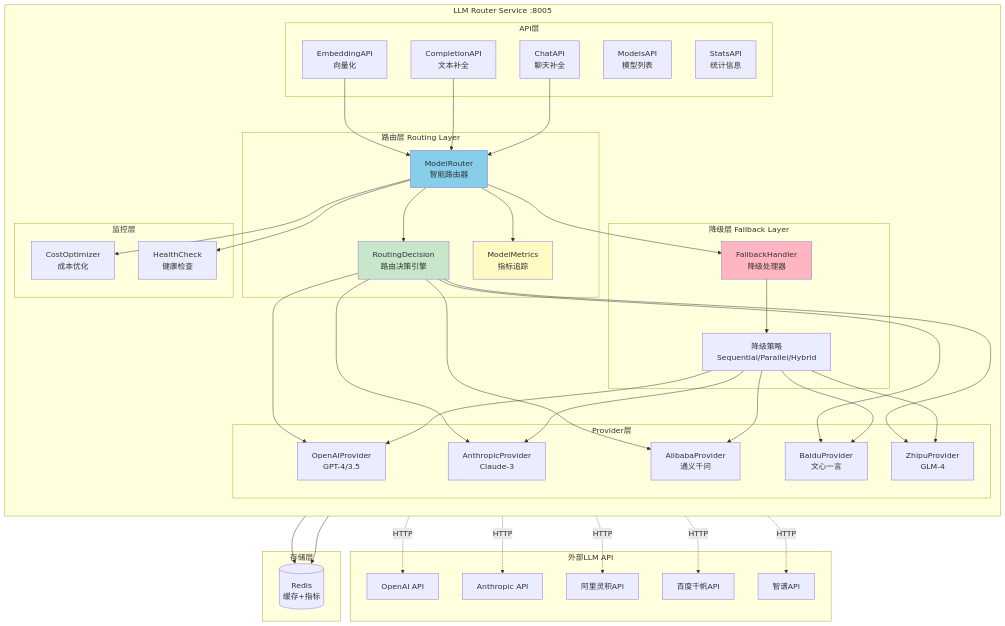
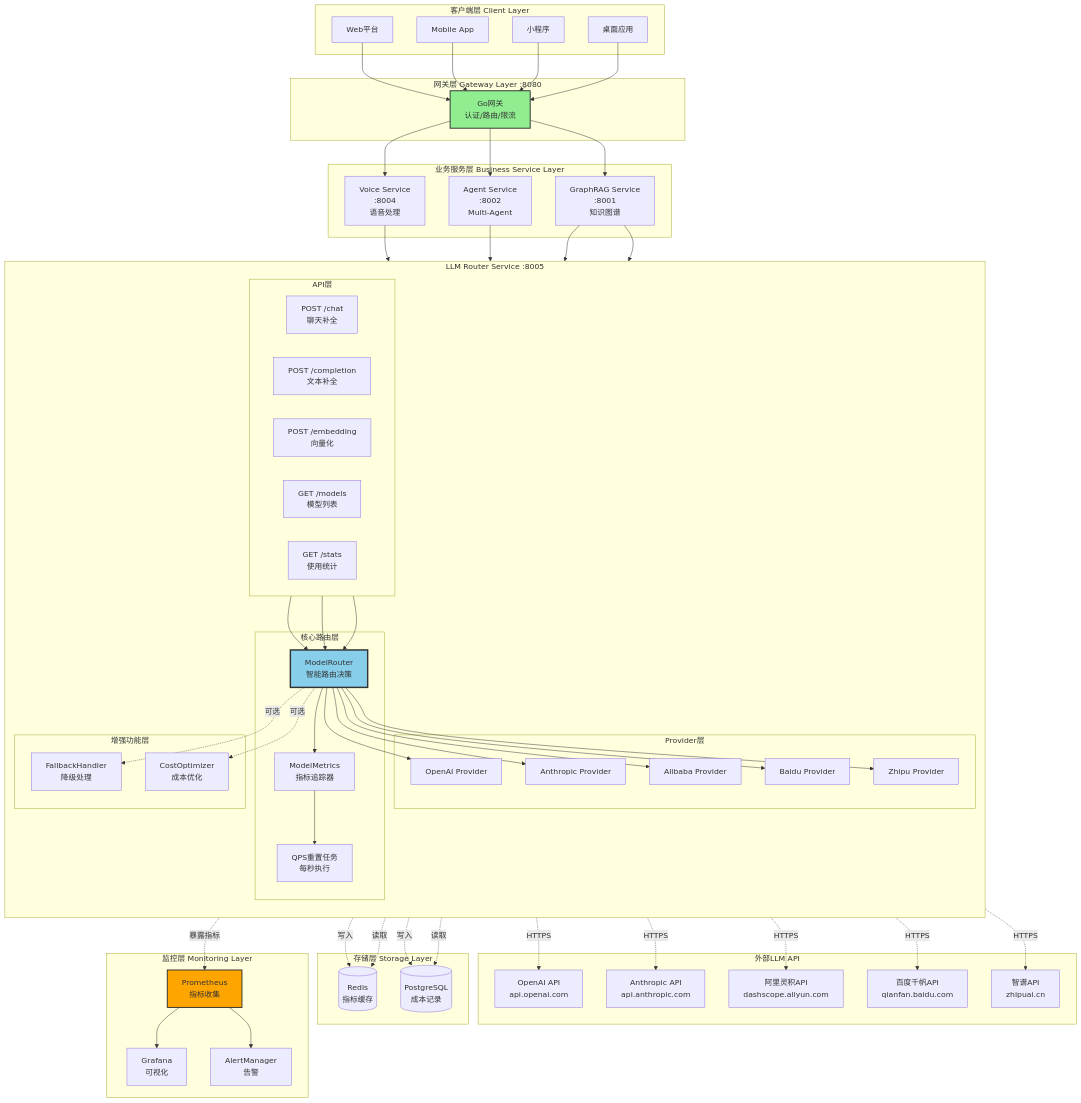
Before and after one commit to haoyunlt/myblog: the first of 10 diagrams in content/posts/VoiceHelper-07-LLMRouter服务.md, drawn with Mermaid. The commit also changed other lines of this file and 13 other files, not shown here.

````diff
--- a/content/posts/VoiceHelper-07-LLMRouter服务.md
+++ b/content/posts/VoiceHelper-07-LLMRouter服务.md
@@ -56,80 +133,120 @@
 ```mermaid
 flowchart TB
+    subgraph "客户端层 Client Layer"
+        WEB[Web平台]
+        MOBILE[Mobile App]
+        MINIAPP[小程序]
+        DESKTOP[桌面应用]
+    end
+    
+    subgraph "网关层 Gateway Layer :8080"
+        GATEWAY[Go网关<br/>认证/路由/限流]
+    end
+    
+    subgraph "业务服务层 Business Service Layer"
+        VOICE[Voice Service<br/>:8004<br/>语音处理]
+        AGENT[Agent Service<br/>:8002<br/>Multi-Agent]
+        GRAPHRAG[GraphRAG Service<br/>:8001<br/>知识图谱]
+    end
+    
     subgraph "LLM Router Service :8005"
         direction TB
         
         subgraph "API层"
-            API_CHAT[ChatAPI<br/>聊天补全]
-            API_COMP[CompletionAPI<br/>文本补全]
-            API_EMB[EmbeddingAPI<br/>向量化]
-            API_MODELS[ModelsAPI<br/>模型列表]
-            API_STATS[StatsAPI<br/>统计信息]
+            direction LR
+            API_CHAT[POST /chat<br/>聊天补全]
+            API_COMP[POST /completion<br/>文本补全]
+            API_EMB[POST /embedding<br/>向量化]
+            API_MODELS[GET /models<br/>模型列表]
+            API_STATS[GET /stats<br/>使用统计]
         end
         
-        subgraph "路由层 Routing Layer"
-            ROUTER[ModelRouter<br/>智能路由器]
-            DECISION[RoutingDecision<br/>路由决策引擎]
-            METRICS[ModelMetrics<br/>指标追踪]
-        end
-        
-        subgraph "降级层 Fallback Layer"
-            FALLBACK[FallbackHandler<br/>降级处理器]
-            STRATEGY[降级策略<br/>Sequential/Parallel/Hybrid]
+        subgraph "核心路由层"
+            ROUTER[ModelRouter<br/>智能路由决策]
+            METRICS[ModelMetrics<br/>指标追踪器]
+            QPS_TASK[QPS重置任务<br/>每秒执行]
         end
         
         subgraph "Provider层"
-            P_OPENAI[OpenAIProvider<br/>GPT-4/3.5]
-            P_ANTHROPIC[AnthropicProvider<br/>Claude-3]
-            P_ALIBABA[AlibabaProvider<br/>通义千问]
-            P_BAIDU[BaiduProvider<br/>文心一言]
-            P_ZHIPU[ZhipuProvider<br/>GLM-4]
+            P_OPENAI[OpenAI Provider]
+            P_ANTHROPIC[Anthropic Provider]
+            P_ALIBABA[Alibaba Provider]
+            P_BAIDU[Baidu Provider]
+            P_ZHIPU[Zhipu Provider]
         end
         
-        subgraph "监控层"
+        subgraph "增强功能层"
+            FALLBACK[FallbackHandler<br/>降级处理]
             COST_OPT[CostOptimizer<br/>成本优化]
-            HEALTH[HealthCheck<br/>健康检查]
         end
         
         API_CHAT --> ROUTER
         API_COMP --> ROUTER
         API_EMB --> ROUTER
         
-        ROUTER --> DECISION
         ROUTER --> METRICS
-        ROUTER --> FALLBACK
+        ROUTER --> P_OPENAI
+        ROUTER --> P_ANTHROPIC
+        ROUTER --> P_ALIBABA
+        ROUTER --> P_BAIDU
+        ROUTER --> P_ZHIPU
         
-        FALLBACK --> STRATEGY
-        STRATEGY --> P_OPENAI & P_ANTHROPIC & P_ALIBABA & P_BAIDU & P_ZHIPU
+        ROUTER -.可选.-> FALLBACK
+        ROUTER -.可选.-> COST_OPT
         
-        ROUTER --> COST_OPT
-        ROUTER --> HEALTH
-        
-        DECISION --> P_OPENAI & P_ANTHROPIC & P_ALIBABA & P_BAIDU & P_ZHIPU
+        METRICS --> QPS_TASK
     end
     
     subgraph "外部LLM API"
-        EXT_OPENAI[OpenAI API]
-        EXT_ANTHROPIC[Anthropic API]
-        EXT_ALIBABA[阿里灵积API]
-        EXT_BAIDU[百度千帆API]
-        EXT_ZHIPU[智谱API]
+        EXT_OPENAI[OpenAI API<br/>api.openai.com]
+        EXT_ANTHROPIC[Anthropic API<br/>api.anthropic.com]
+        EXT_ALIBABA[阿里灵积API<br/>dashscope.aliyun.com]
+        EXT_BAIDU[百度千帆API<br/>qianfan.baidu.com]
+        EXT_ZHIPU[智谱API<br/>zhipuai.cn]
     end
     
-    subgraph "存储层"
-        REDIS[(Redis<br/>缓存+指标)]
+    subgraph "存储层 Storage Layer"
+        REDIS[(Redis<br/>指标缓存)]
+        POSTGRES[(PostgreSQL<br/>成本记录)]
     end
     
-    P_OPENAI -.HTTP.-> EXT_OPENAI
-    P_ANTHROPIC -.HTTP.-> EXT_ANTHROPIC
-    P_ALIBABA -.HTTP.-> EXT_ALIBABA
-    P_BAIDU -.HTTP.-> EXT_BAIDU
-    P_ZHIPU -.HTTP.-> EXT_ZHIPU
+    subgraph "监控层 Monitoring Layer"
+        PROMETHEUS[Prometheus<br/>指标收集]
+        GRAFANA[Grafana<br/>可视化]
+        ALERTMANAGER[AlertManager<br/>告警]
+    end
     
-    METRICS --> REDIS
-    COST_OPT --> REDIS
+    WEB --> GATEWAY
+    MOBILE --> GATEWAY
+    MINIAPP --> GATEWAY
+    DESKTOP --> GATEWAY
     
-    style ROUTER fill:#87CEEB
-    style FALLBACK fill:#FFB6C1
-    style DECISION fill:#C8E6C9
-    style METRICS fill:#FFF9C4
+    GATEWAY --> VOICE
+    GATEWAY --> AGENT
+    GATEWAY --> GRAPHRAG
+    
+    VOICE --> API_CHAT
+    AGENT --> API_CHAT
+    GRAPHRAG --> API_EMB
+    GRAPHRAG --> API_CHAT
+    
+    P_OPENAI -.HTTPS.-> EXT_OPENAI
+    P_ANTHROPIC -.HTTPS.-> EXT_ANTHROPIC
+    P_ALIBABA -.HTTPS.-> EXT_ALIBABA
+    P_BAIDU -.HTTPS.-> EXT_BAIDU
+    P_ZHIPU -.HTTPS.-> EXT_ZHIPU
+    
+    METRICS -.写入.-> REDIS
+    COST_OPT -.写入.-> POSTGRES
+    
+    API_STATS -.读取.-> REDIS
+    API_STATS -.读取.-> POSTGRES
+    
+    ROUTER -.暴露指标.-> PROMETHEUS
+    PROMETHEUS --> GRAFANA
+    PROMETHEUS --> ALERTMANAGER
+    
+    style ROUTER fill:#87CEEB,stroke:#333,stroke-width:3px
+    style GATEWAY fill:#90EE90,stroke:#333,stroke-width:2px
+    style PROMETHEUS fill:#FFA500,stroke:#333,stroke-width:2px
 ```
````
